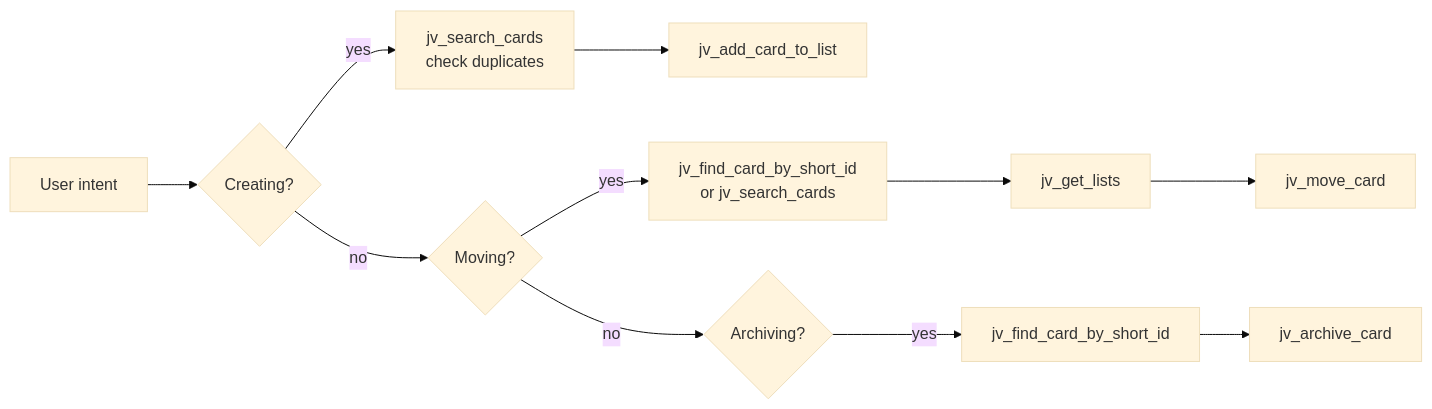
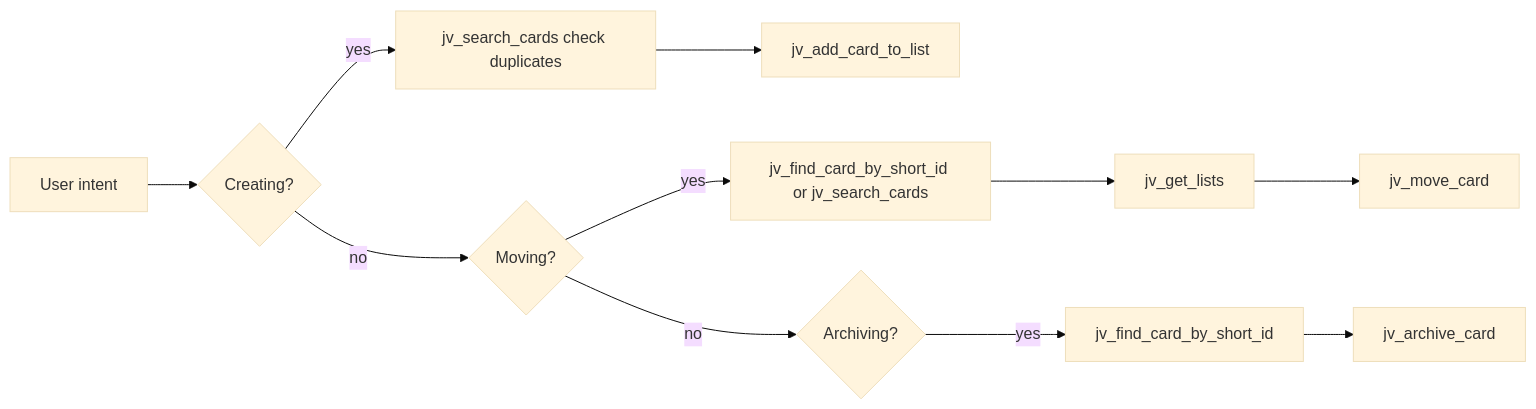
One commit to jvieirar/mcp-server-trello changed the third of 3 diagrams in README.md. Above: the diagram before and after it, drawn with Mermaid (base theme). The commit also changed other lines of this file and 1 other file, not shown here.

````diff
--- a/README.md
+++ b/README.md
@@ -238,13 +248,13 @@
 ```mermaid
 flowchart LR
     A[User intent] --> B{Creating?}
-    B -- yes --> C[jv_search_cards\ncheck duplicates]
+    B -- yes --> C[jv_search_cards check duplicates]
     C --> D[jv_add_card_to_list]
     B -- no --> E{Moving?}
-    E -- yes --> F[jv_find_card_by_short_id\nor jv_search_cards]
+    E -- yes --> F[jv_find_card_by_short_id or jv_search_cards]
     F --> G[jv_get_lists]
     G --> H[jv_move_card]
     E -- no --> I{Archiving?}
     I -- yes --> J[jv_find_card_by_short_id]
     J --> K[jv_archive_card]
 ```
````
